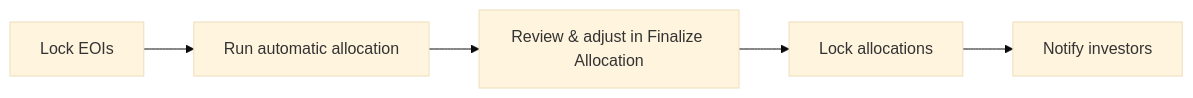
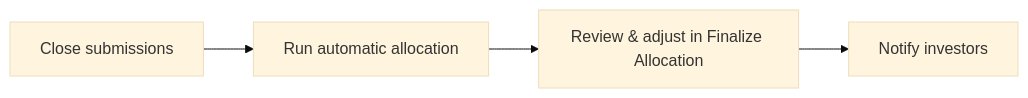
The third of 3 diagrams in docs/user_guides/investment_opportunity_user_guide.md (sampadadiwan/IRM_CompanyMain), drawn with Mermaid (base theme) before and after one commit. The commit also changed other lines of this file and 135 other files, not shown here.

````diff
--- a/docs/user_guides/investment_opportunity_user_guide.md
+++ b/docs/user_guides/investment_opportunity_user_guide.md
@@ -191,7 +196,6 @@
 ```mermaid
 flowchart LR
-    A[Lock EOIs] --> B[Run automatic allocation]
+    A[Close submissions] --> B[Run automatic allocation]
     B --> C[Review & adjust in Finalize Allocation]
-    C --> D[Lock allocations]
-    D --> E[Notify investors]
+    C --> E[Notify investors]
 ```
````
